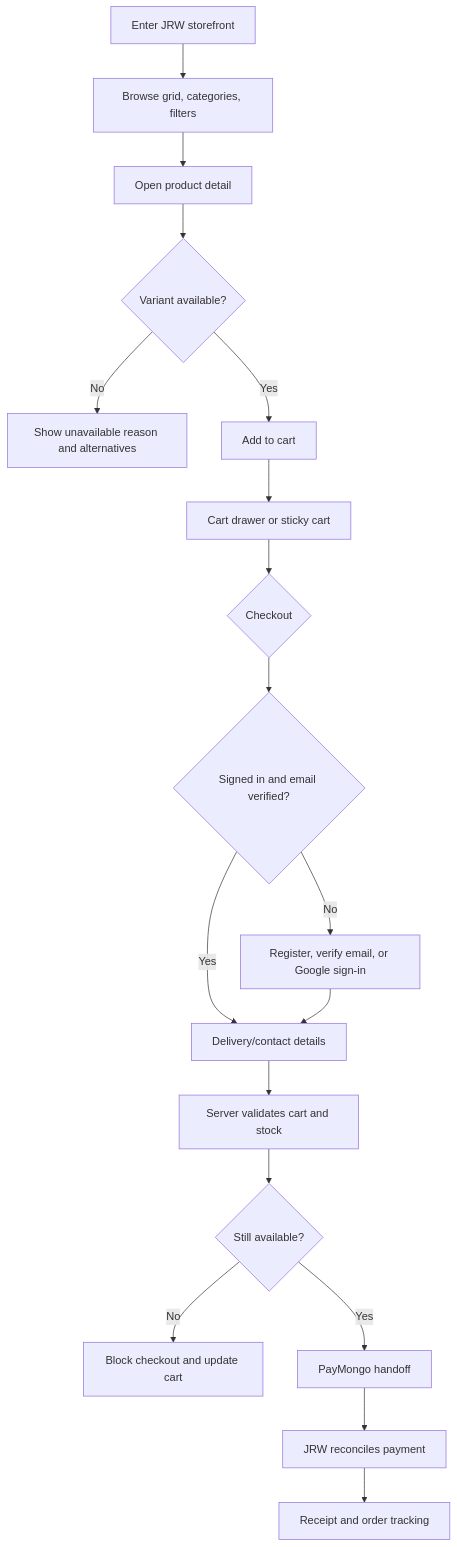
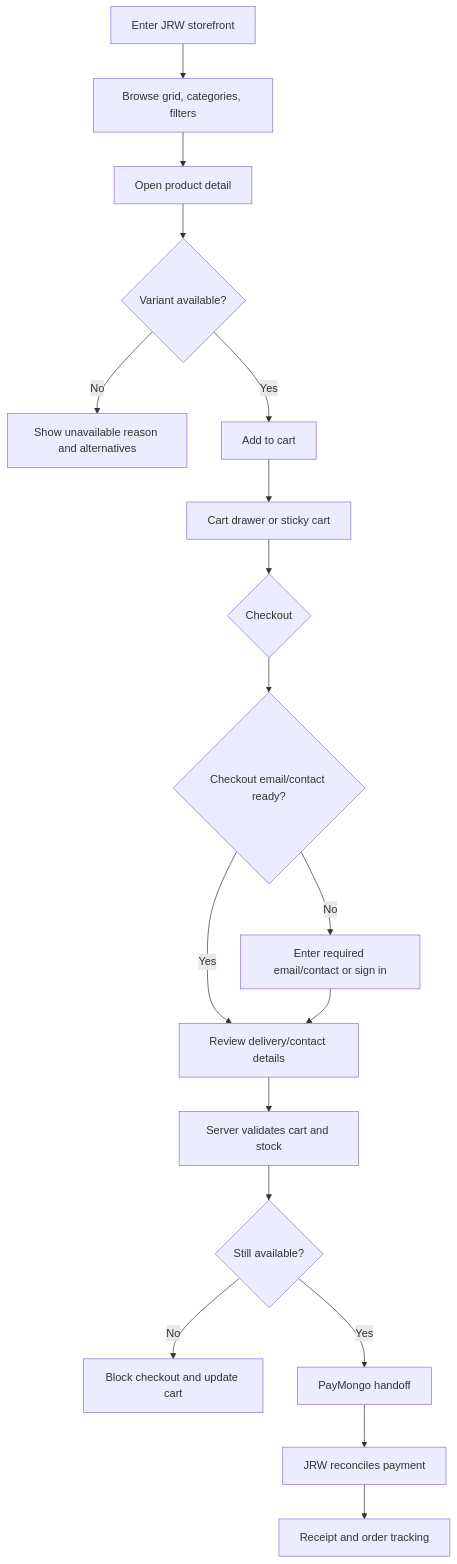
One commit to JeroTan/jrw-webapp changed the first of 4 diagrams in _bmad-output/planning-artifacts/ux-design-specification.md. Above: the diagram before and after it, drawn with Mermaid. The commit also changed other lines of this file and 7 other files, not shown here.

````diff
--- a/_bmad-output/planning-artifacts/ux-design-specification.md
+++ b/_bmad-output/planning-artifacts/ux-design-specification.md
@@ -603,20 +603,20 @@
 ```mermaid
 flowchart TD
   A["Enter JRW storefront"] --> B["Browse grid, categories, filters"]
   B --> C["Open product detail"]
   C --> D{"Variant available?"}
   D -- "No" --> E["Show unavailable reason and alternatives"]
   D -- "Yes" --> F["Add to cart"]
   F --> G["Cart drawer or sticky cart"]
   G --> H{"Checkout"}
-  H --> I{"Signed in and email verified?"}
-  I -- "No" --> J["Register, verify email, or Google sign-in"]
-  I -- "Yes" --> K["Delivery/contact details"]
+  H --> I{"Checkout email/contact ready?"}
+  I -- "No" --> J["Enter required email/contact or sign in"]
+  I -- "Yes" --> K["Review delivery/contact details"]
   J --> K
   K --> L["Server validates cart and stock"]
   L --> M{"Still available?"}
   M -- "No" --> N["Block checkout and update cart"]
   M -- "Yes" --> O["PayMongo handoff"]
   O --> P["JRW reconciles payment"]
   P --> Q["Receipt and order tracking"]
 ```
````
